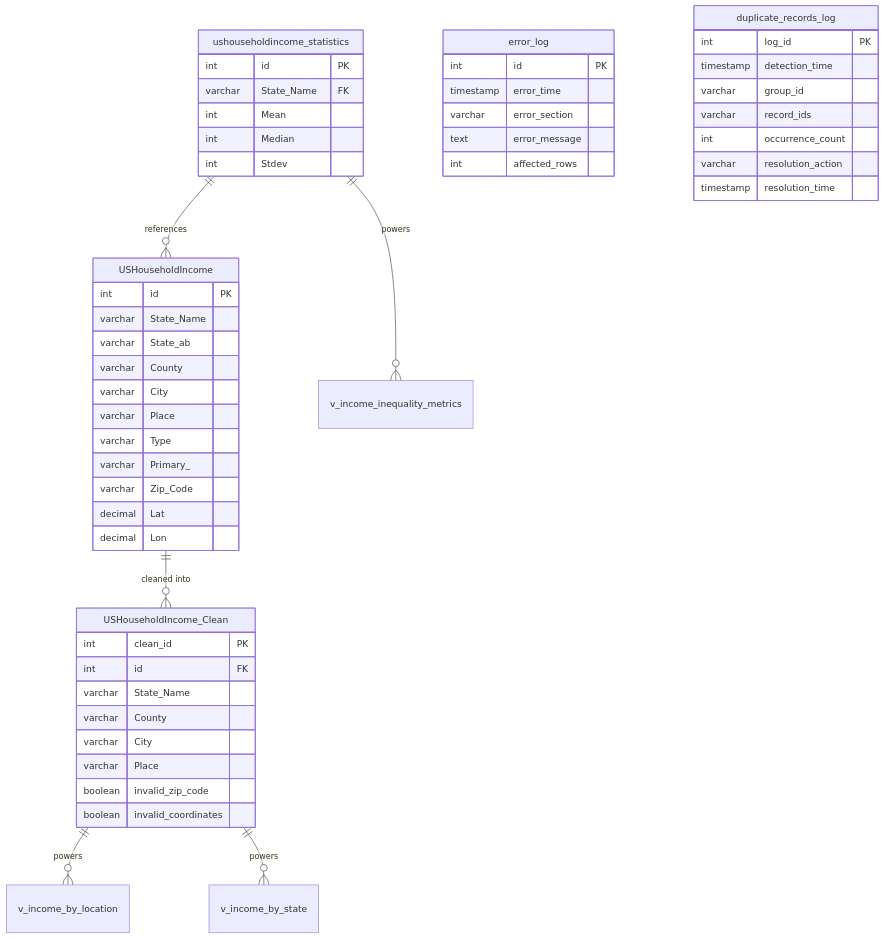
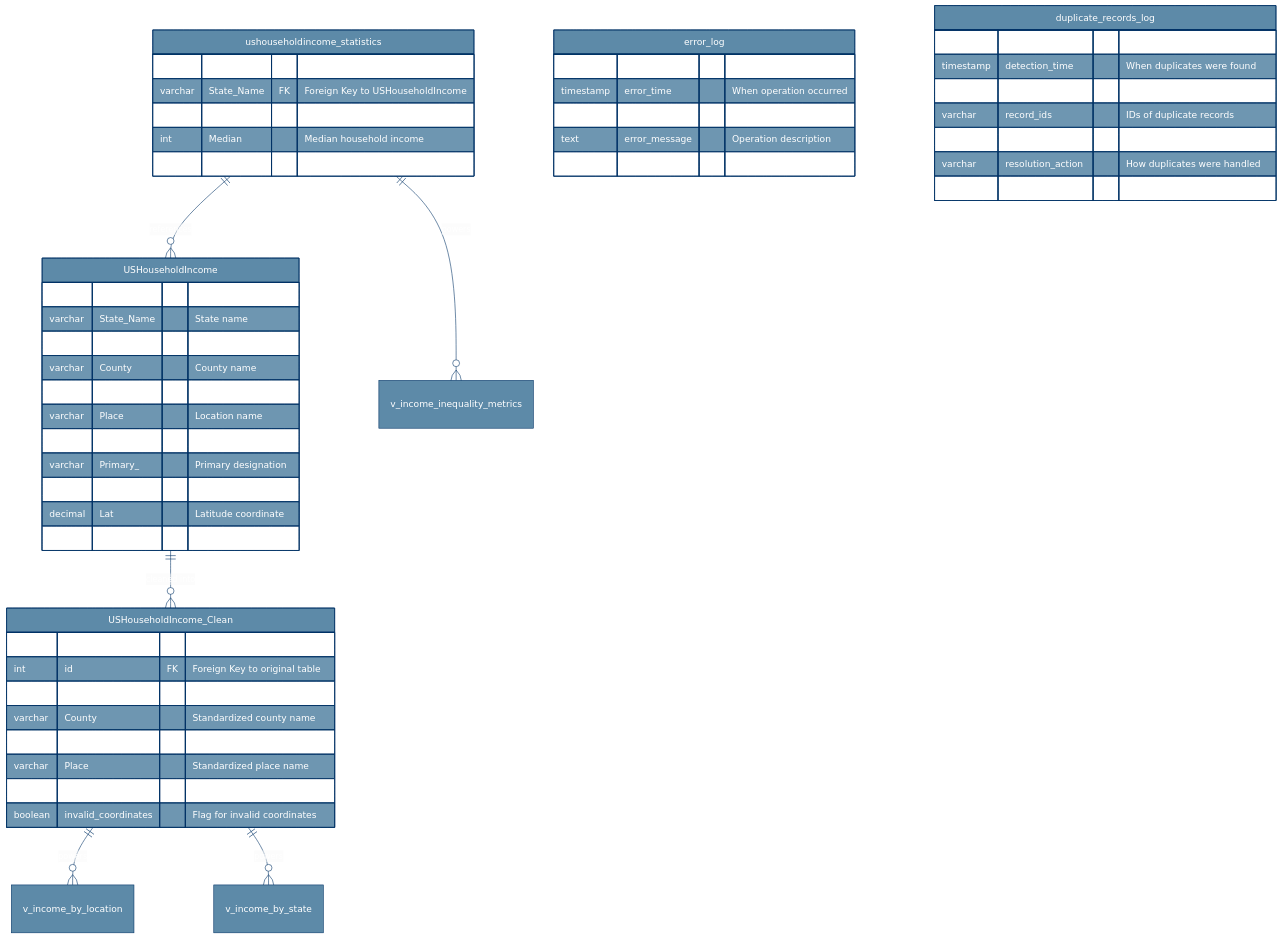
One commit to tzolkowski96/tzolkowski96 changed the fourth of 10 diagrams in us-household-income-analysis/README.md. Above: the diagram before and after it, drawn with Mermaid. The commit also changed other lines of this file, not shown here.

````diff
--- a/us-household-income-analysis/README.md
+++ b/us-household-income-analysis/README.md
@@ -455,60 +455,62 @@
 ```mermaid
+%%{init: {'theme': 'base', 'themeVariables': { 'primaryColor': '#5D8AA8', 'primaryTextColor': '#fff', 'primaryBorderColor': '#003366', 'lineColor': '#003366', 'secondaryColor': '#00979D', 'tertiaryColor': '#F9F9F9' }}}%%
+
 erDiagram
     USHouseholdIncome {
-        int id PK
-        varchar State_Name
-        varchar State_ab
-        varchar County
-        varchar City
-        varchar Place
-        varchar Type
-        varchar Primary_
-        varchar Zip_Code
-        decimal Lat
-        decimal Lon
+        int id PK "Primary Key"
+        varchar State_Name "State name"
+        varchar State_ab "State abbreviation"
+        varchar County "County name"
+        varchar City "City name"
+        varchar Place "Location name"
+        varchar Type "Location type"
+        varchar Primary_ "Primary designation"
+        varchar Zip_Code "5-digit ZIP code"
+        decimal Lat "Latitude coordinate"
+        decimal Lon "Longitude coordinate"
     }
     
     ushouseholdincome_statistics {
-        int id PK
-        varchar State_Name FK
-        int Mean
-        int Median
-        int Stdev
+        int id PK "Primary Key"
+        varchar State_Name FK "Foreign Key to USHouseholdIncome"
+        int Mean "Mean household income"
+        int Median "Median household income"
+        int Stdev "Standard deviation of income"
     }
     
     USHouseholdIncome_Clean {
-        int clean_id PK
-        int id FK
-        varchar State_Name
-        varchar County
-        varchar City
-        varchar Place
-        boolean invalid_zip_code
-        boolean invalid_coordinates
+        int clean_id PK "Primary Key (auto-increment)"
+        int id FK "Foreign Key to original table"
+        varchar State_Name "Standardized state name"
+        varchar County "Standardized county name"
+        varchar City "Standardized city name"
+        varchar Place "Standardized place name"
+        boolean invalid_zip_code "Flag for invalid ZIP codes"
+        boolean invalid_coordinates "Flag for invalid coordinates"
     }
     
     error_log {
-        int id PK
-        timestamp error_time
-        varchar error_section
-        text error_message
-        int affected_rows
+        int id PK "Primary Key"
+        timestamp error_time "When operation occurred"
+        varchar error_section "Script section identifier"
+        text error_message "Operation description"
+        int affected_rows "Number of rows modified"
     }
     
     duplicate_records_log {
-        int log_id PK
-        timestamp detection_time
-        varchar group_id
-        varchar record_ids
-        int occurrence_count
-        varchar resolution_action
-        timestamp resolution_time
+        int log_id PK "Primary Key"
+        timestamp detection_time "When duplicates were found"
+        varchar group_id "Identifier for duplicate group"
+        varchar record_ids "IDs of duplicate records"
+        int occurrence_count "How many duplicates found"
+        varchar resolution_action "How duplicates were handled"
+        timestamp resolution_time "When duplicates were resolved"
     }
     
     USHouseholdIncome ||--o{ USHouseholdIncome_Clean : "cleaned into"
     ushouseholdincome_statistics ||--o{ USHouseholdIncome : "references"
     
     USHouseholdIncome_Clean ||--o{ v_income_by_location : "powers"
     USHouseholdIncome_Clean ||--o{ v_income_by_state : "powers"
     ushouseholdincome_statistics ||--o{ v_income_inequality_metrics : "powers"
 ```
````
